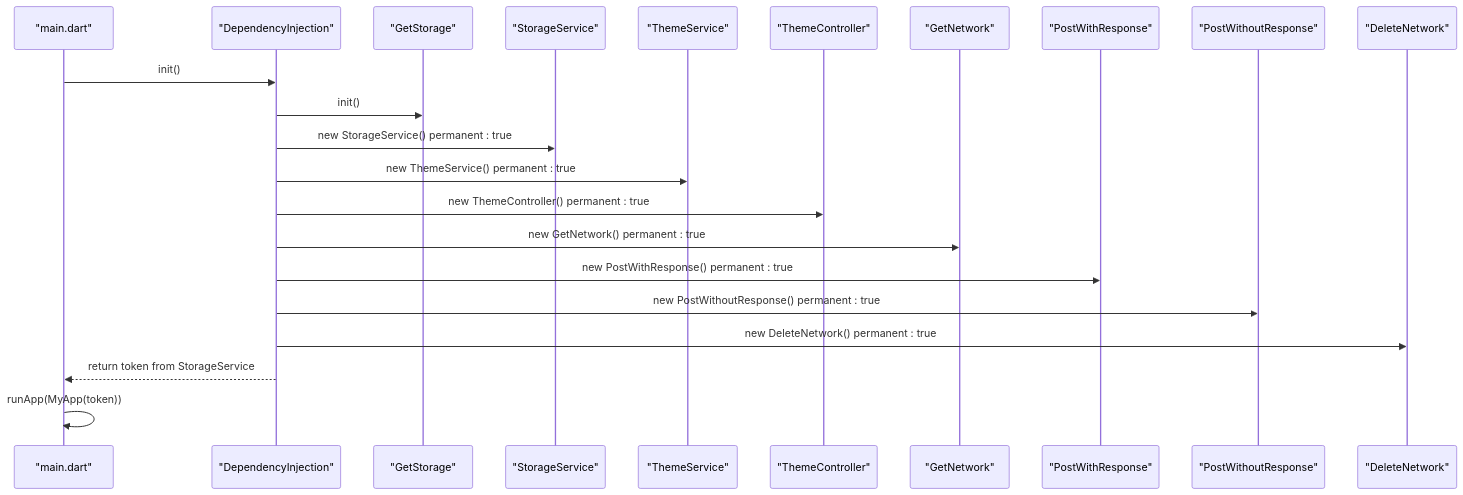
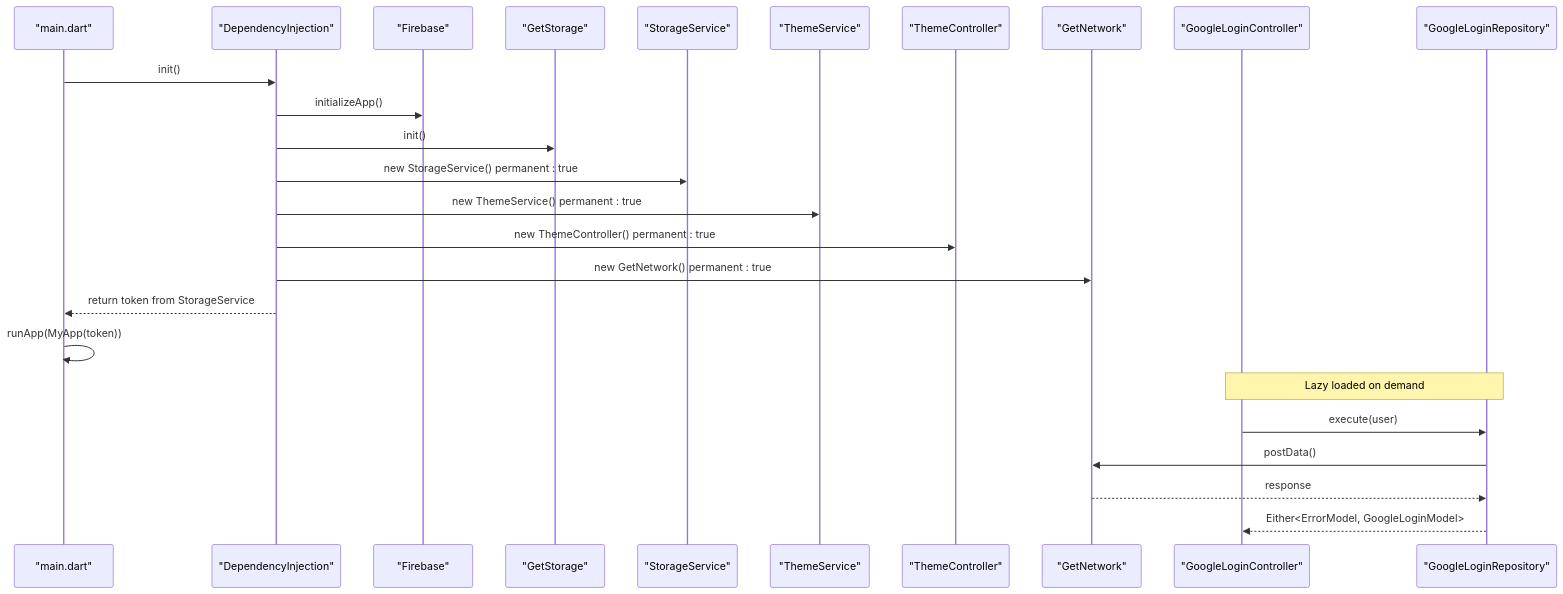
One commit to Ariful3111/FurniGo changed the second of 11 diagrams in .qoder/repowiki/en/content/Architecture Overview/Dependency Injection System.md. Above: the diagram before and after it, drawn with Mermaid. The commit also changed other lines of this file and 12 other files, not shown here.

````diff
--- a/.qoder/repowiki/en/content/Architecture Overview/Dependency Injection System.md
+++ b/.qoder/repowiki/en/content/Architecture Overview/Dependency Injection System.md
@@ -134,24 +177,27 @@
 ```mermaid
 sequenceDiagram
 participant Main as "main.dart"
 participant DI as "DependencyInjection"
+participant FB as "Firebase"
 participant GS as "GetStorage"
 participant SS as "StorageService"
 participant TS as "ThemeService"
 participant TC as "ThemeController"
 participant GN as "GetNetwork"
-participant PN1 as "PostWithResponse"
-participant PN2 as "PostWithoutResponse"
-participant DN as "DeleteNetwork"
+participant GLC as "GoogleLoginController"
+participant GLR as "GoogleLoginRepository"
 Main->>DI : init()
+DI->>FB : initializeApp()
 DI->>GS : init()
 DI->>SS : new StorageService() permanent : true
 DI->>TS : new ThemeService() permanent : true
 DI->>TC : new ThemeController() permanent : true
 DI->>GN : new GetNetwork() permanent : true
-DI->>PN1 : new PostWithResponse() permanent : true
-DI->>PN2 : new PostWithoutResponse() permanent : true
-DI->>DN : new DeleteNetwork() permanent : true
 DI-->>Main : return token from StorageService
 Main->>Main : runApp(MyApp(token))
+Note over GLC,GLR : Lazy loaded on demand
+GLC->>GLR : execute(user)
+GLR->>GN : postData()
+GN-->>GLR : response
+GLR-->>GLC : Either<ErrorModel, GoogleLoginModel>
 ```
````
